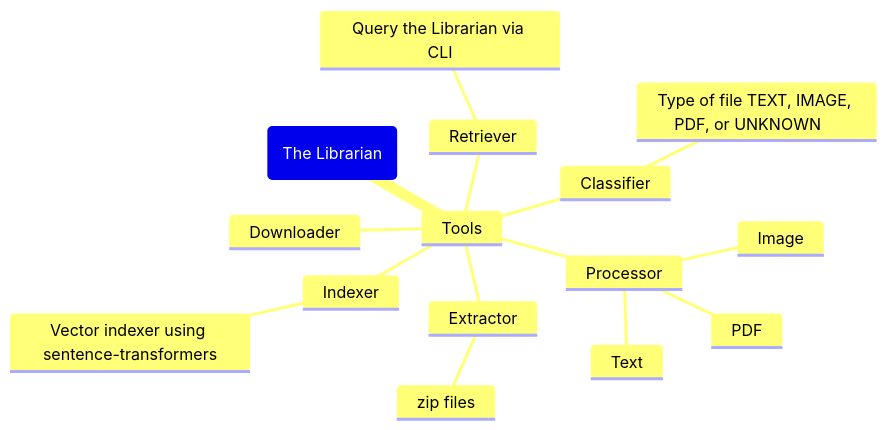
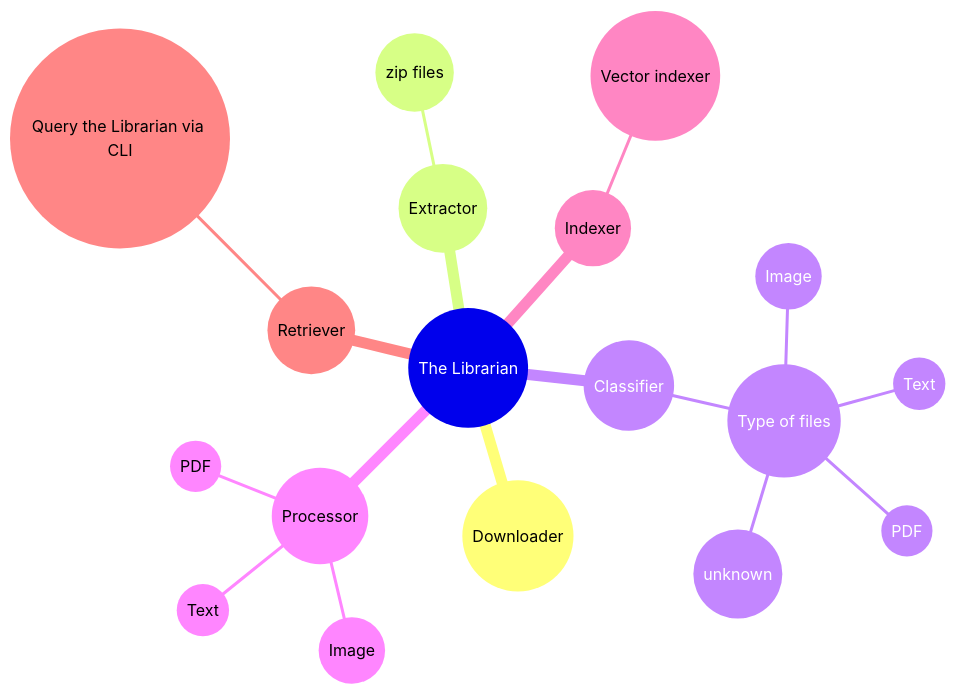
One commit to mrfidget/the-librarian changed the diagram in README.MD. Above: the diagram before and after it, drawn with Mermaid.

````diff
--- a/README.MD
+++ b/README.MD
@@ -7,18 +7,21 @@
 ``` mermaid
 mindmap
-    root(The Librarian)
-        Tools
-            Downloader
-            Extractor
-                zip files
-            Classifier
-                Type of file TEXT, IMAGE, PDF, or UNKNOWN    
-            Processor
-                Text
-                Image
-                PDF
-            Indexer
-                Vector indexer using sentence-transformers
-            Retriever
-                Query the Librarian via CLI
+    root((The Librarian))
+            ((Downloader))
+            ((Extractor))
+                ((zip files))
+            ((Classifier))
+                ((Type of files)) 
+                    ((Text))
+                    ((Image))
+                    ((PDF)
+                    ((unknown))    
+            ((Processor))
+                ((Text))
+                ((Image))
+                ((PDF))
+            ((Indexer))
+                ((Vector indexer))
+            ((Retriever))
+                ((Query the Librarian via CLI))
 ```
````
